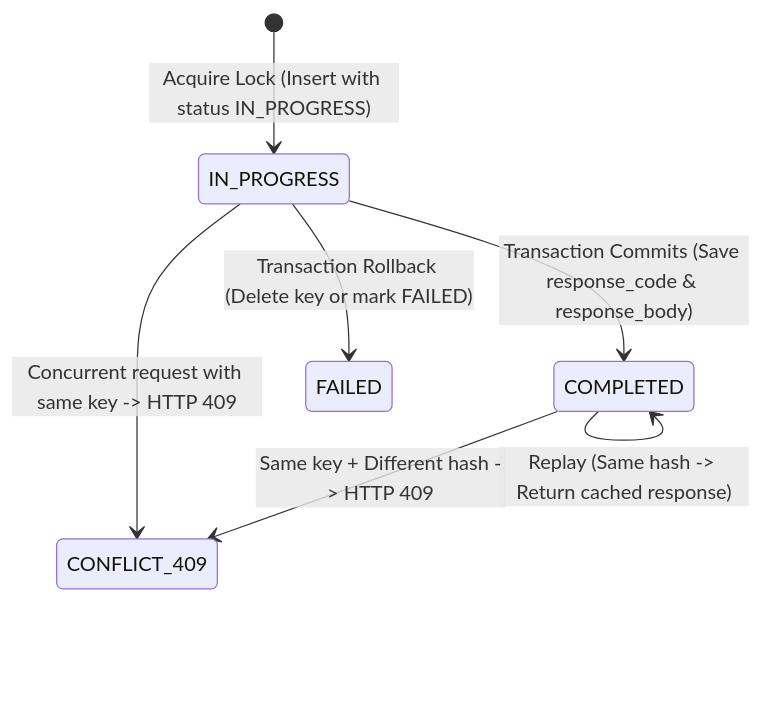
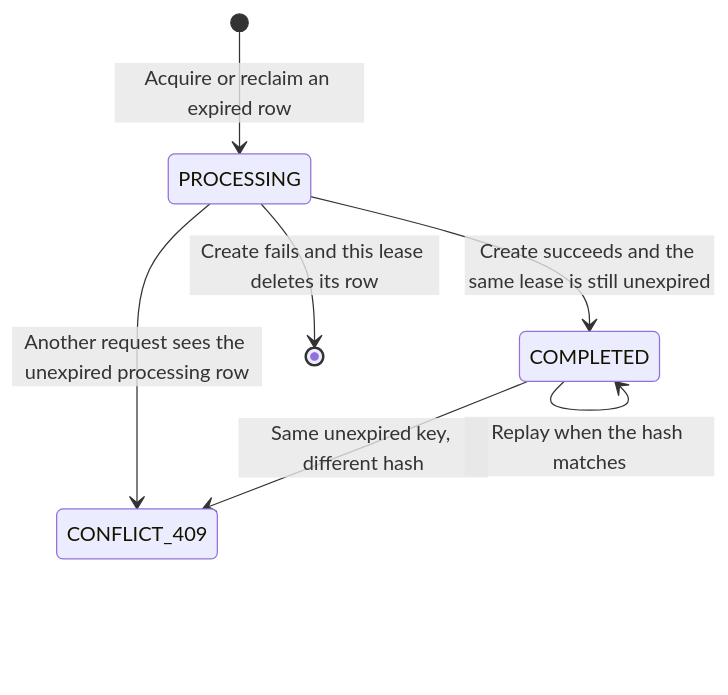
Before and after one commit to Andersonlimahw/java-clean-arch-sample: the first of 2 diagrams in specs/010-idempotency-immutability-patterns/spec.md, drawn with Mermaid. The commit also changed other lines of this file and 2 other files, not shown here.

````diff
--- a/specs/010-idempotency-immutability-patterns/spec.md
+++ b/specs/010-idempotency-immutability-patterns/spec.md
@@ -34,9 +35,9 @@
 ```mermaid
 stateDiagram-v2
-    [*] --> IN_PROGRESS: Acquire Lock (Insert with status IN_PROGRESS)
-    IN_PROGRESS --> COMPLETED: Transaction Commits (Save response_code & response_body)
-    IN_PROGRESS --> FAILED: Transaction Rollback (Delete key or mark FAILED)
-    COMPLETED --> COMPLETED: Replay (Same hash -> Return cached response)
-    COMPLETED --> CONFLICT_409: Same key + Different hash -> HTTP 409
-    IN_PROGRESS --> CONFLICT_409: Concurrent request with same key -> HTTP 409
+    [*] --> PROCESSING: Acquire or reclaim an expired row
+    PROCESSING --> COMPLETED: Create succeeds and the same lease is still unexpired
+    PROCESSING --> [*]: Create fails and this lease deletes its row
+    COMPLETED --> COMPLETED: Replay when the hash matches
+    COMPLETED --> CONFLICT_409: Same unexpired key, different hash
+    PROCESSING --> CONFLICT_409: Another request sees the unexpired processing row
 ```
````
